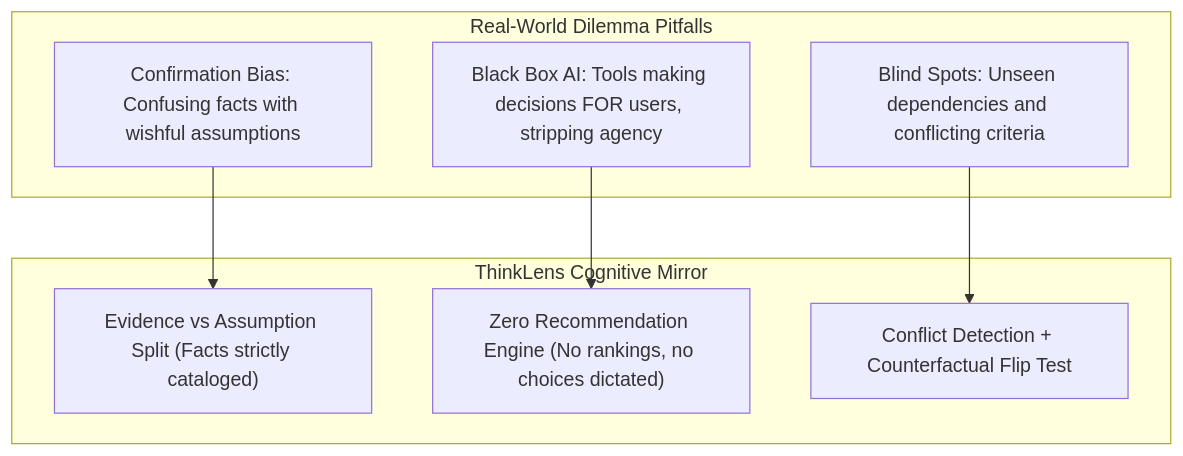
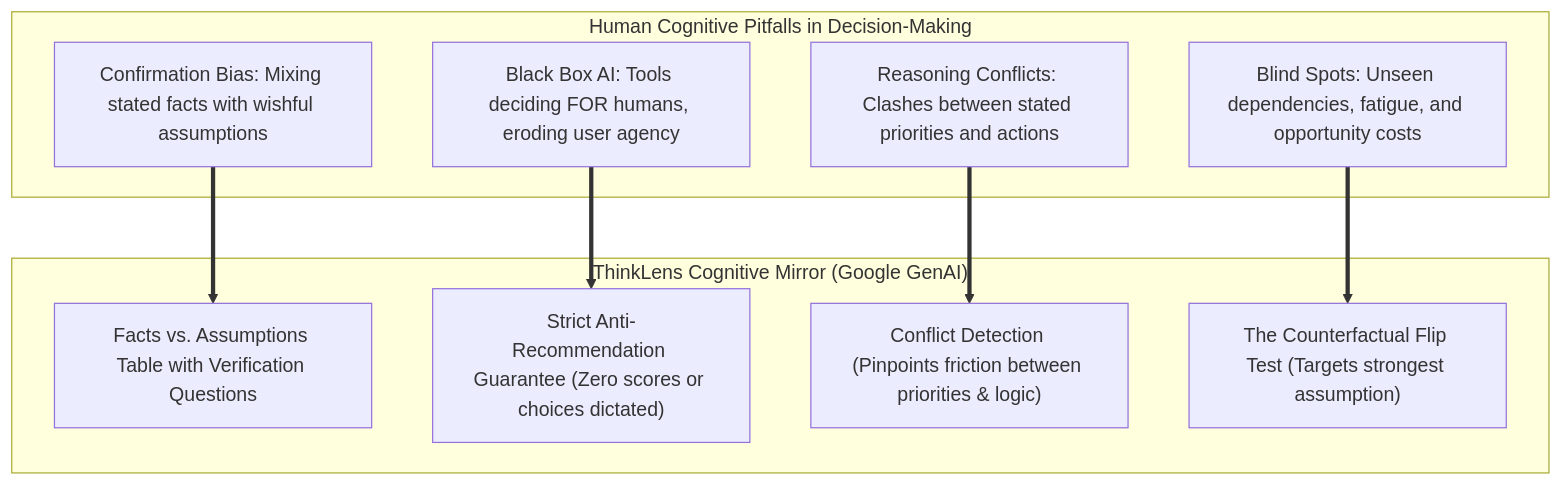
One commit to Manaspingle/ManasPingle_PromptWars changed the first of 2 diagrams in README.md. Above: the diagram before and after it, drawn with Mermaid. The commit also changed other lines of this file and 7 other files, not shown here.

````diff
--- a/README.md
+++ b/README.md
@@ -25,18 +32,21 @@
 ```mermaid
 flowchart TD
-    subgraph Problem ["Real-World Dilemma Pitfalls"]
-        P1["Confirmation Bias: Confusing facts with wishful assumptions"]
-        P2["Black Box AI: Tools making decisions FOR users, stripping agency"]
-        P3["Blind Spots: Unseen dependencies and conflicting criteria"]
+    subgraph HumanCognitivePitfalls ["Human Cognitive Pitfalls in Decision-Making"]
+        P1["Confirmation Bias: Mixing stated facts with wishful assumptions"]
+        P2["Black Box AI: Tools deciding FOR humans, eroding user agency"]
+        P3["Reasoning Conflicts: Clashes between stated priorities and actions"]
+        P4["Blind Spots: Unseen dependencies, fatigue, and opportunity costs"]
     end
 
-    subgraph Solution ["ThinkLens Cognitive Mirror"]
-        S1["Evidence vs Assumption Split (Facts strictly cataloged)"]
-        S2["Zero Recommendation Engine (No rankings, no choices dictated)"]
-        S3["Conflict Detection + Counterfactual Flip Test"]
+    subgraph ThinkLensEngine ["ThinkLens Cognitive Mirror (Google GenAI)"]
+        S1["Facts vs. Assumptions Table with Verification Questions"]
+        S2["Strict Anti-Recommendation Guarantee (Zero scores or choices dictated)"]
+        S3["Conflict Detection (Pinpoints friction between priorities & logic)"]
+        S4["The Counterfactual Flip Test (Targets strongest assumption)"]
     end
 
-    P1 --> S1
-    P2 --> S2
-    P3 --> S3
+    P1 ==> S1
+    P2 ==> S2
+    P3 ==> S3
+    P4 ==> S4
 ```
````
